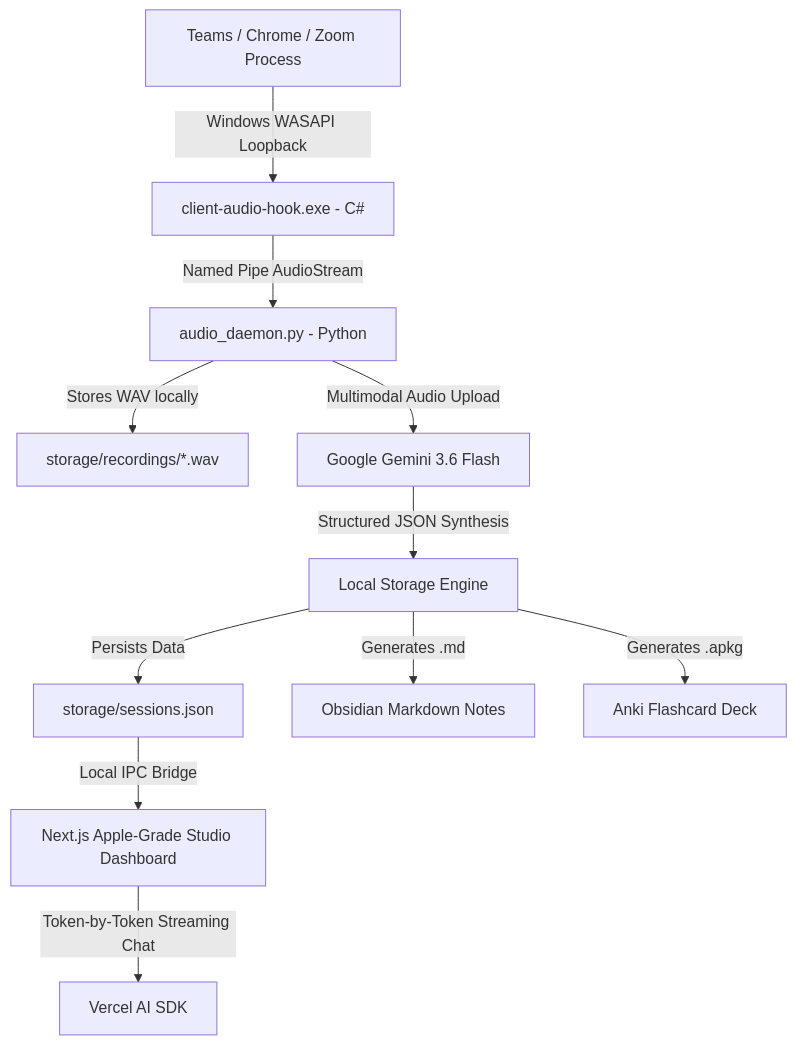
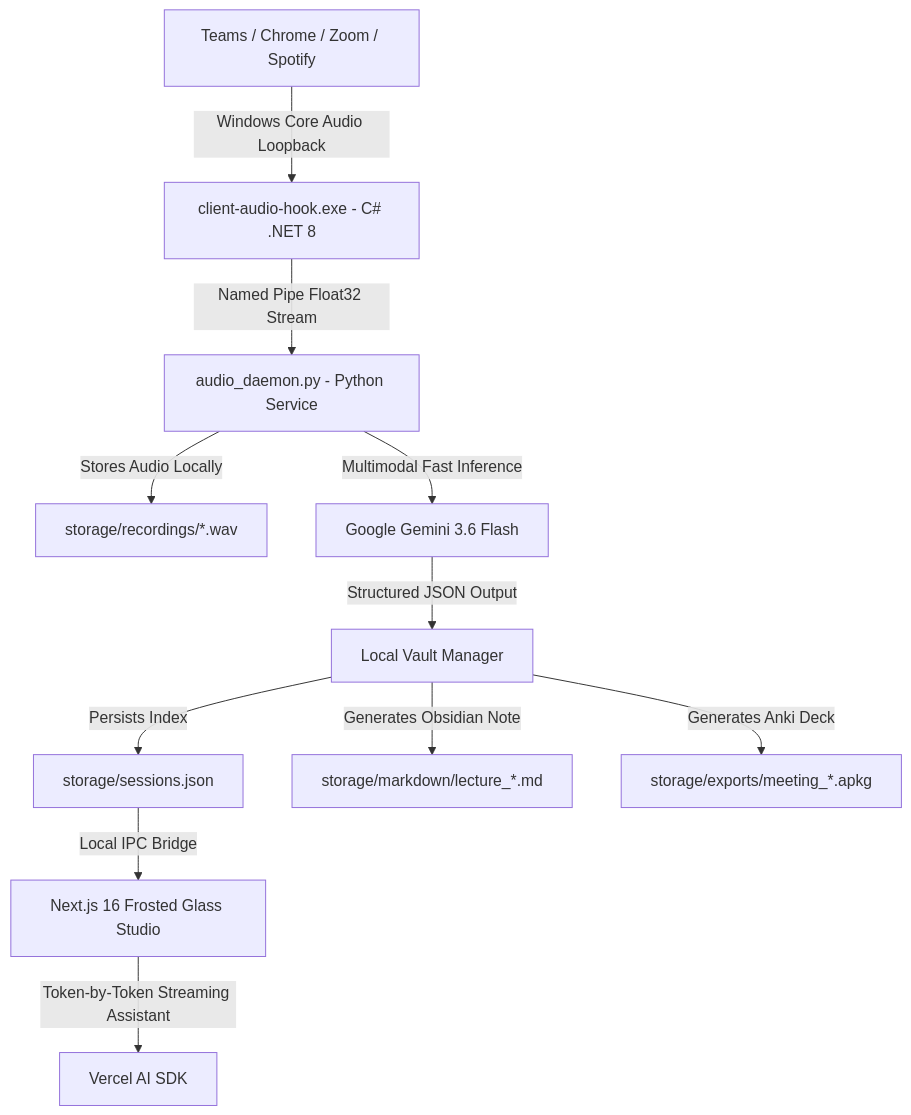
One commit to editorrylix/nexus-ai-lecture-studio changed the diagram in README.md. Above: the diagram before and after it, drawn with Mermaid. The commit also changed other lines of this file and 3 other files, not shown here.

Commit message:
feat(ui): Apple glass redesign, remove tech clutter, custom halo cursor, and SEO README

````diff
--- a/README.md
+++ b/README.md
@@ -58,13 +63,13 @@
 ```mermaid
 graph TD
-    A[Teams / Chrome / Zoom Process] -->|Windows WASAPI Loopback| B[client-audio-hook.exe - C#]
-    B -->|Named Pipe AudioStream| C[audio_daemon.py - Python]
-    C -->|Stores WAV locally| D[storage/recordings/*.wav]
-    C -->|Multimodal Audio Upload| E[Google Gemini 3.6 Flash]
-    E -->|Structured JSON Synthesis| F[Local Storage Engine]
-    F -->|Persists Data| G[storage/sessions.json]
-    F -->|Generates .md| H[Obsidian Markdown Notes]
-    F -->|Generates .apkg| I[Anki Flashcard Deck]
-    G -->|Local IPC Bridge| J[Next.js Apple-Grade Studio Dashboard]
-    J -->|Token-by-Token Streaming Chat| K[Vercel AI SDK]
+    A[Teams / Chrome / Zoom / Spotify] -->|Windows Core Audio Loopback| B[client-audio-hook.exe - C# .NET 8]
+    B -->|Named Pipe Float32 Stream| C[audio_daemon.py - Python Service]
+    C -->|Stores Audio Locally| D[storage/recordings/*.wav]
+    C -->|Multimodal Fast Inference| E[Google Gemini 3.6 Flash]
+    E -->|Structured JSON Output| F[Local Vault Manager]
+    F -->|Persists Index| G[storage/sessions.json]
+    F -->|Generates Obsidian Note| H[storage/markdown/lecture_*.md]
+    F -->|Generates Anki Deck| I[storage/exports/meeting_*.apkg]
+    G -->|Local IPC Bridge| J[Next.js 16 Frosted Glass Studio]
+    J -->|Token-by-Token Streaming Assistant| K[Vercel AI SDK]
 ```
````
